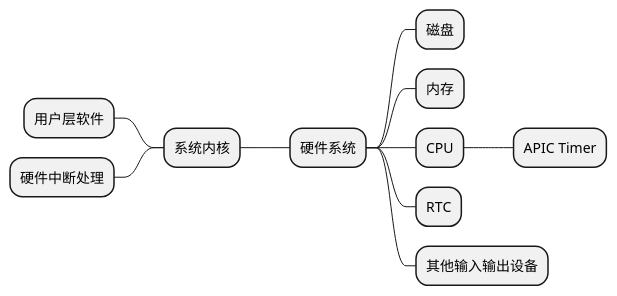
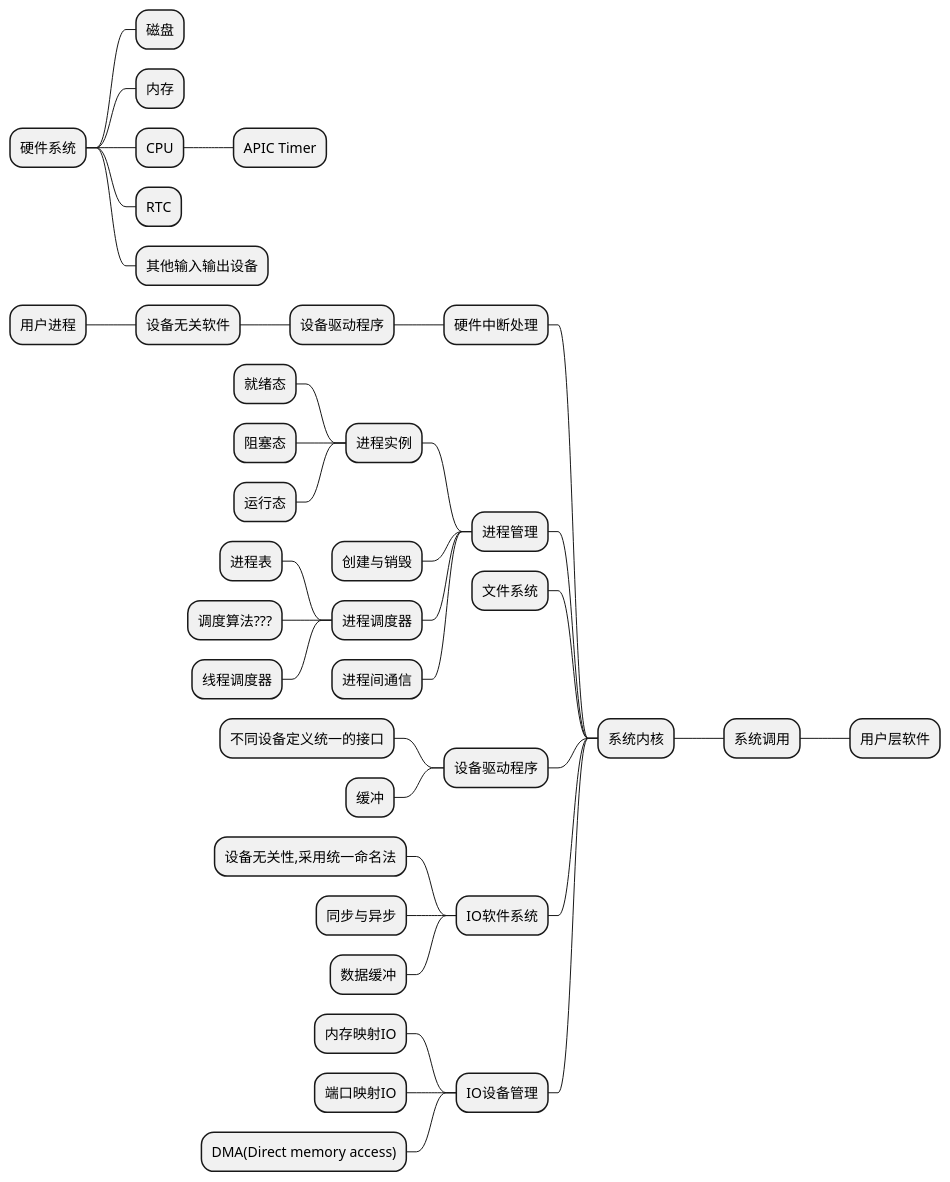
Before and after one commit to zhoukaidev/zhoukaidev.github.io: the diagram in linux/driver/diagram.wsd, drawn with PlantUML. The commit also changed 1 other file, not shown here.

```diff
--- a/linux/driver/diagram.wsd
+++ b/linux/driver/diagram.wsd
@@ -1,15 +1,44 @@
 @startmindmap
 * 硬件系统
 ** 磁盘
 ** 内存
 ** CPU
 *** APIC Timer
 ** RTC
 ** 其他输入输出设备
 
+
+* 系统内核
 left side
-** 系统内核
+** 硬件中断处理
+*** 设备驱动程序
+**** 设备无关软件
+***** 用户进程
+** 进程管理
+*** 进程实例
+**** 就绪态
+**** 阻塞态
+**** 运行态
+*** 创建与销毁
+*** 进程调度器
+**** 进程表
+**** 调度算法???
+**** 线程调度器
+*** 进程间通信
+** 文件系统
+** 设备驱动程序
+*** 不同设备定义统一的接口
+*** 缓冲
+** IO软件系统
+*** 设备无关性,采用统一命名法
+*** 同步与异步
+*** 数据缓冲
+** IO设备管理
+*** 内存映射IO
+*** 端口映射IO
+*** DMA(Direct memory access)
+right side
+** 系统调用
 *** 用户层软件
-*** 硬件中断处理
 
 @endmindmap
```
